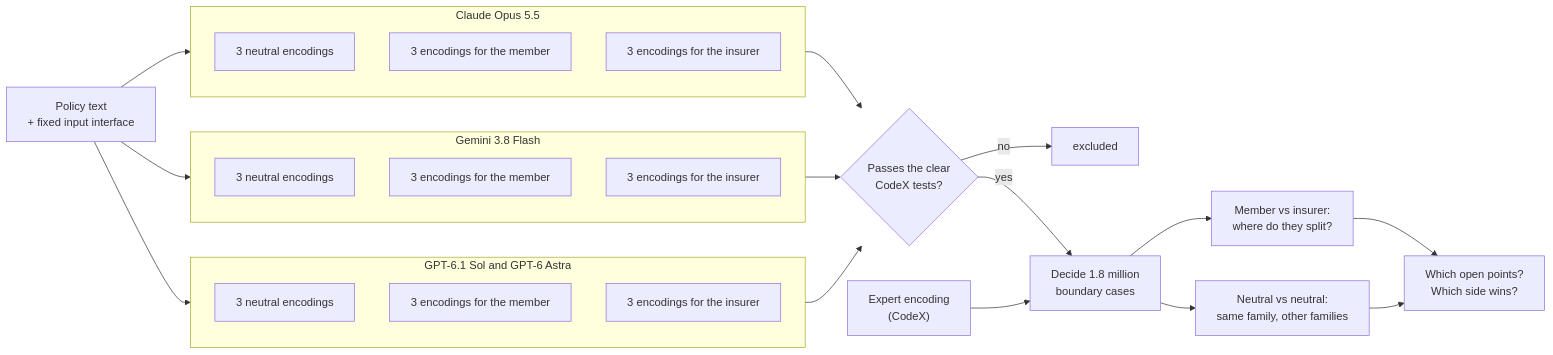
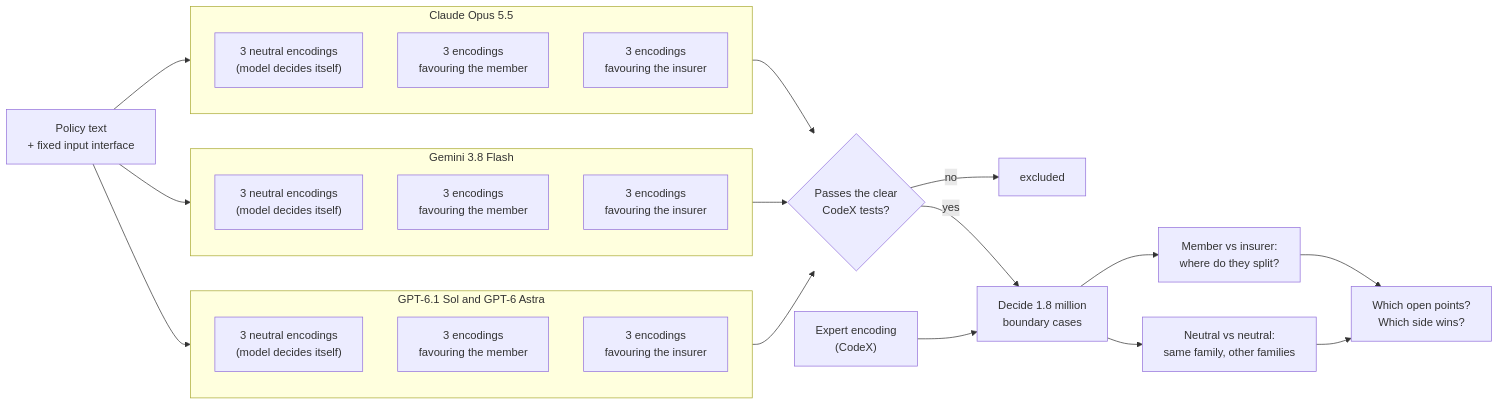
Before and after one commit to mert-ayv/what-disagreement-cannot-see-pilot: the diagram in README.md, drawn with Mermaid. The commit also changed other lines of this file, not shown here.

Commit message:
README: explain neutral, member and insurer encodings before the diagram

````diff
--- a/README.md
+++ b/README.md
@@ -37,31 +49,31 @@
 ```mermaid
 flowchart LR
     T["Policy text<br/>+ fixed input interface"]
     subgraph C["Claude Opus 5.5"]
         direction TB
-        C1["3 neutral encodings"]
-        C2["3 encodings for the member"]
-        C3["3 encodings for the insurer"]
+        C1["3 neutral encodings<br/>(model decides itself)"]
+        C2["3 encodings<br/>favouring the member"]
+        C3["3 encodings<br/>favouring the insurer"]
     end
     subgraph G["Gemini 3.8 Flash"]
         direction TB
-        G1["3 neutral encodings"]
-        G2["3 encodings for the member"]
-        G3["3 encodings for the insurer"]
+        G1["3 neutral encodings<br/>(model decides itself)"]
+        G2["3 encodings<br/>favouring the member"]
+        G3["3 encodings<br/>favouring the insurer"]
     end
     subgraph O["GPT-6.1 Sol and GPT-6 Astra"]
         direction TB
-        O1["3 neutral encodings"]
-        O2["3 encodings for the member"]
-        O3["3 encodings for the insurer"]
+        O1["3 neutral encodings<br/>(model decides itself)"]
+        O2["3 encodings<br/>favouring the member"]
+        O3["3 encodings<br/>favouring the insurer"]
     end
     T --> C & G & O
     C & G & O --> A{"Passes the clear<br/>CodeX tests?"}
     A -- "no" --> X["excluded"]
     A -- "yes" --> R["Decide 1.8 million<br/>boundary cases"]
     E["Expert encoding<br/>(CodeX)"] --> R
     R --> M1["Member vs insurer:<br/>where do they split?"]
     R --> M2["Neutral vs neutral:<br/>same family, other families"]
     M1 --> P["Which open points?<br/>Which side wins?"]
     M2 --> P
 ```
````
